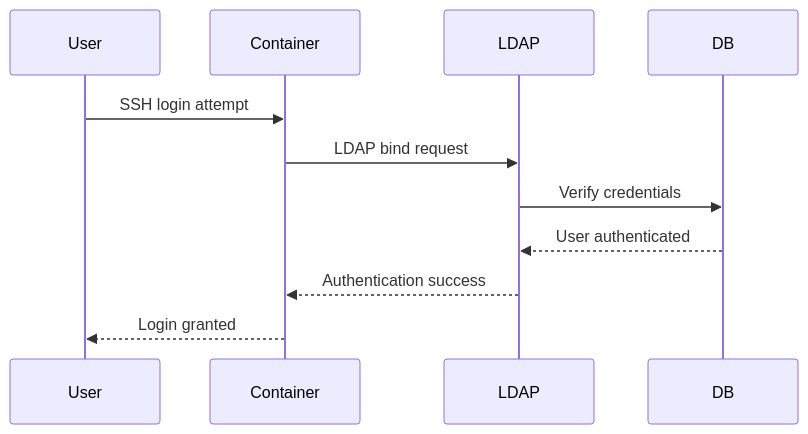
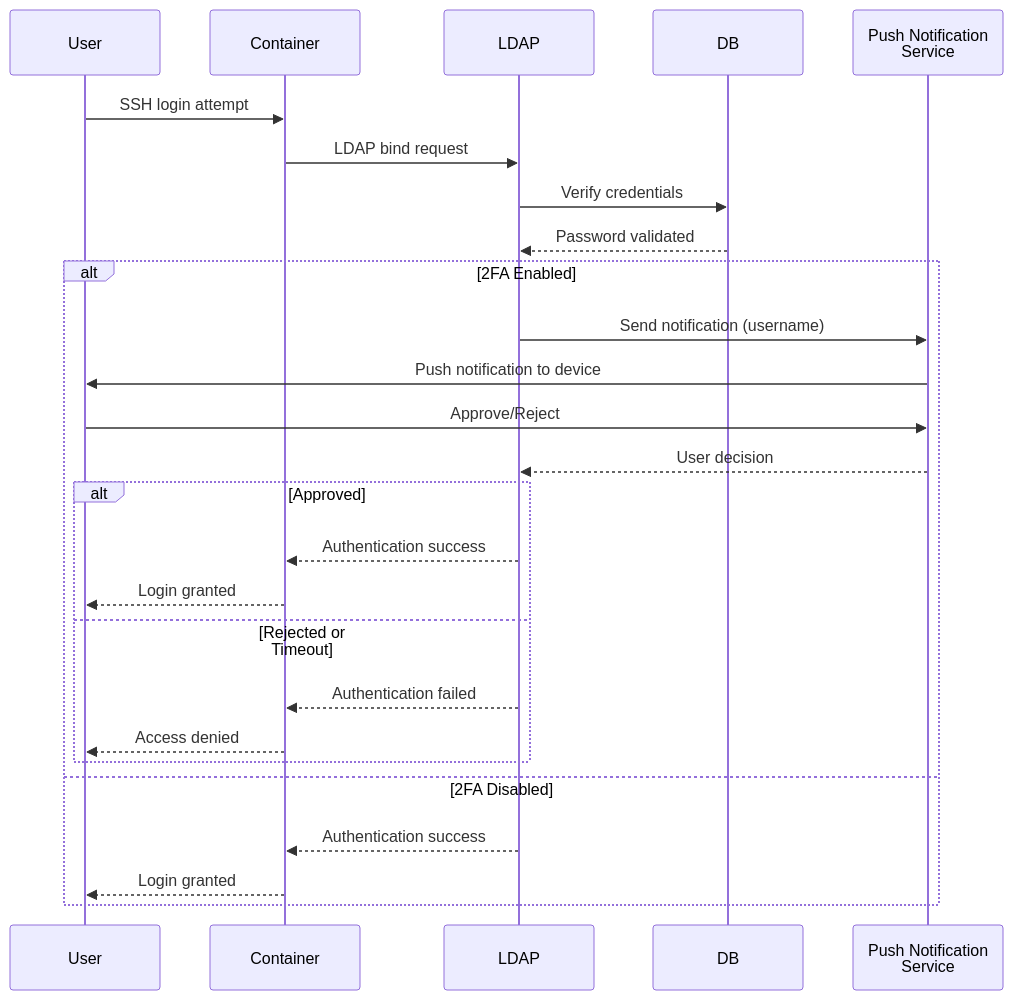
One commit to mieweb/opensource-server changed the third of 4 diagrams in mie-opensource-landing/docs/developers/system-architecture.md. Above: the diagram before and after it, drawn with Mermaid. The commit also changed other lines of this file and 3 other files, not shown here.

First line of the commit message:
docs: Add Settings and Push Notification 2FA documentation

````diff
--- a/mie-opensource-landing/docs/developers/system-architecture.md
+++ b/mie-opensource-landing/docs/developers/system-architecture.md
@@ -177,14 +216,30 @@
 ```mermaid
 sequenceDiagram
     participant User
     participant Container
     participant LDAP
     participant DB
+    participant PushNotif as Push Notification<br/>Service
     
     User->>Container: SSH login attempt
     Container->>LDAP: LDAP bind request
     LDAP->>DB: Verify credentials
-    DB-->>LDAP: User authenticated
-    LDAP-->>Container: Authentication success
-    Container-->>User: Login granted
+    DB-->>LDAP: Password validated
+    
+    alt 2FA Enabled
+        LDAP->>PushNotif: Send notification (username)
+        PushNotif->>User: Push notification to device
+        User->>PushNotif: Approve/Reject
+        PushNotif-->>LDAP: User decision
+        alt Approved
+            LDAP-->>Container: Authentication success
+            Container-->>User: Login granted
+        else Rejected or Timeout
+            LDAP-->>Container: Authentication failed
+            Container-->>User: Access denied
+        end
+    else 2FA Disabled
+        LDAP-->>Container: Authentication success
+        Container-->>User: Login granted
+    end
 ```
````
